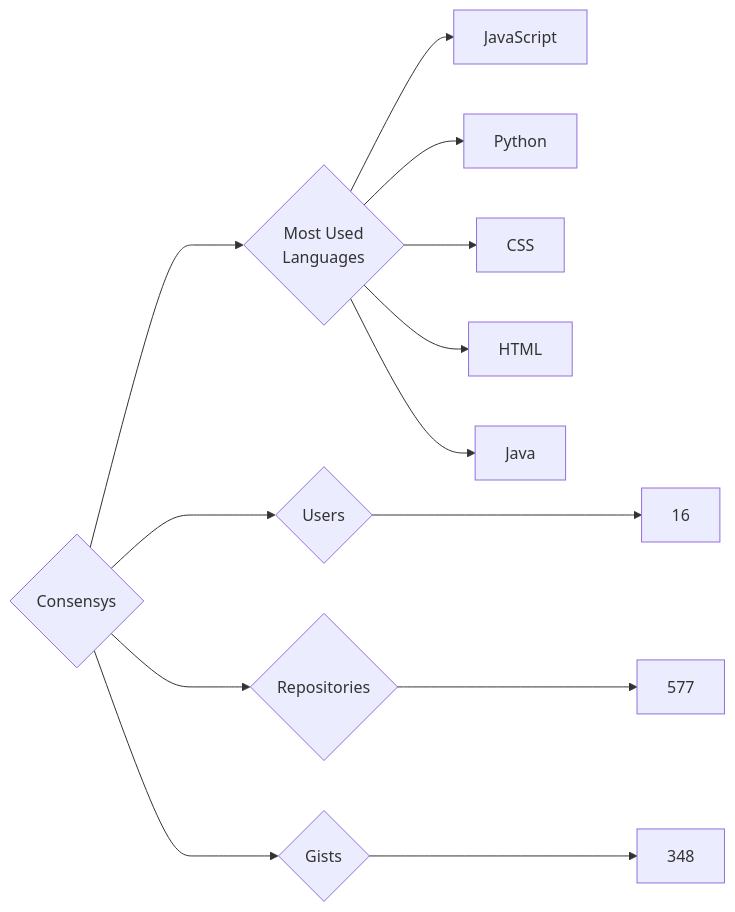
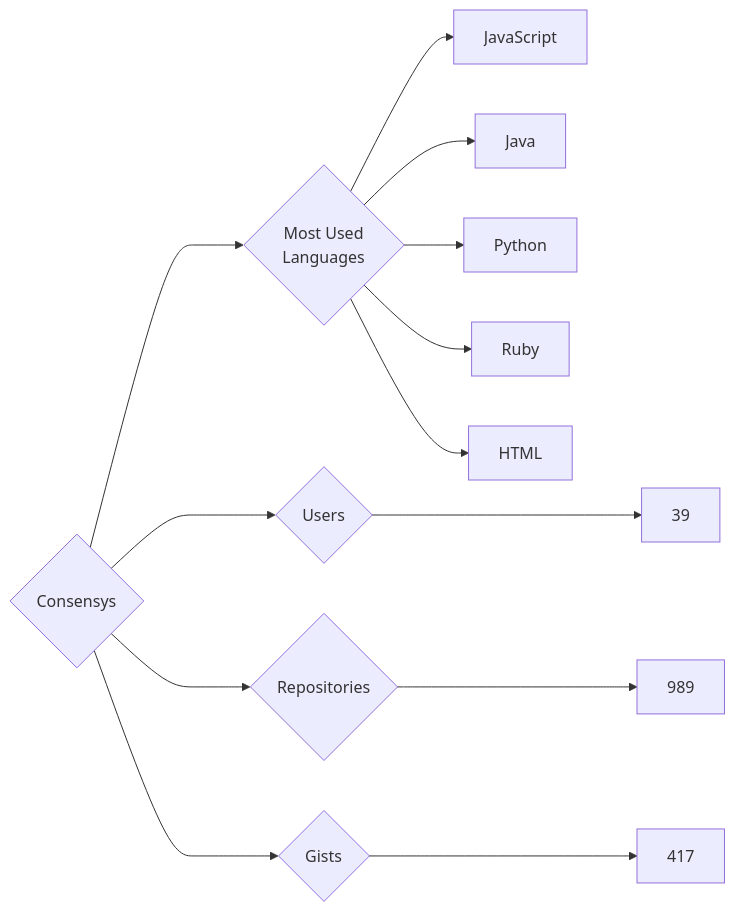
One commit to trickest/insiders changed the diagram in targets/Consensys/README.md. Above: the diagram before and after it, drawn with Mermaid. The commit also changed 882 other files, not shown here.

````diff
--- a/targets/Consensys/README.md
+++ b/targets/Consensys/README.md
@@ -3,13 +3,13 @@
 ```mermaid
 graph LR
 COMPANY_NAME{Consensys}
-COMPANY_NAME ---> U{Users} ---> UN[16]
-COMPANY_NAME ---> R{Repositories} ---> RN[577]
-COMPANY_NAME ---> G{Gists} ---> GN[348]
+COMPANY_NAME ---> U{Users} ---> UN[39]
+COMPANY_NAME ---> R{Repositories} ---> RN[989]
+COMPANY_NAME ---> G{Gists} ---> GN[417]
 COMPANY_NAME ---> ML{Most Used<br>Languages}
 ML --> JavaScript[JavaScript]
+ML --> Java[Java]
 ML --> Python[Python]
-ML --> CSS[CSS]
+ML --> Ruby[Ruby]
 ML --> HTML[HTML]
-ML --> Java[Java]
 ```
````
